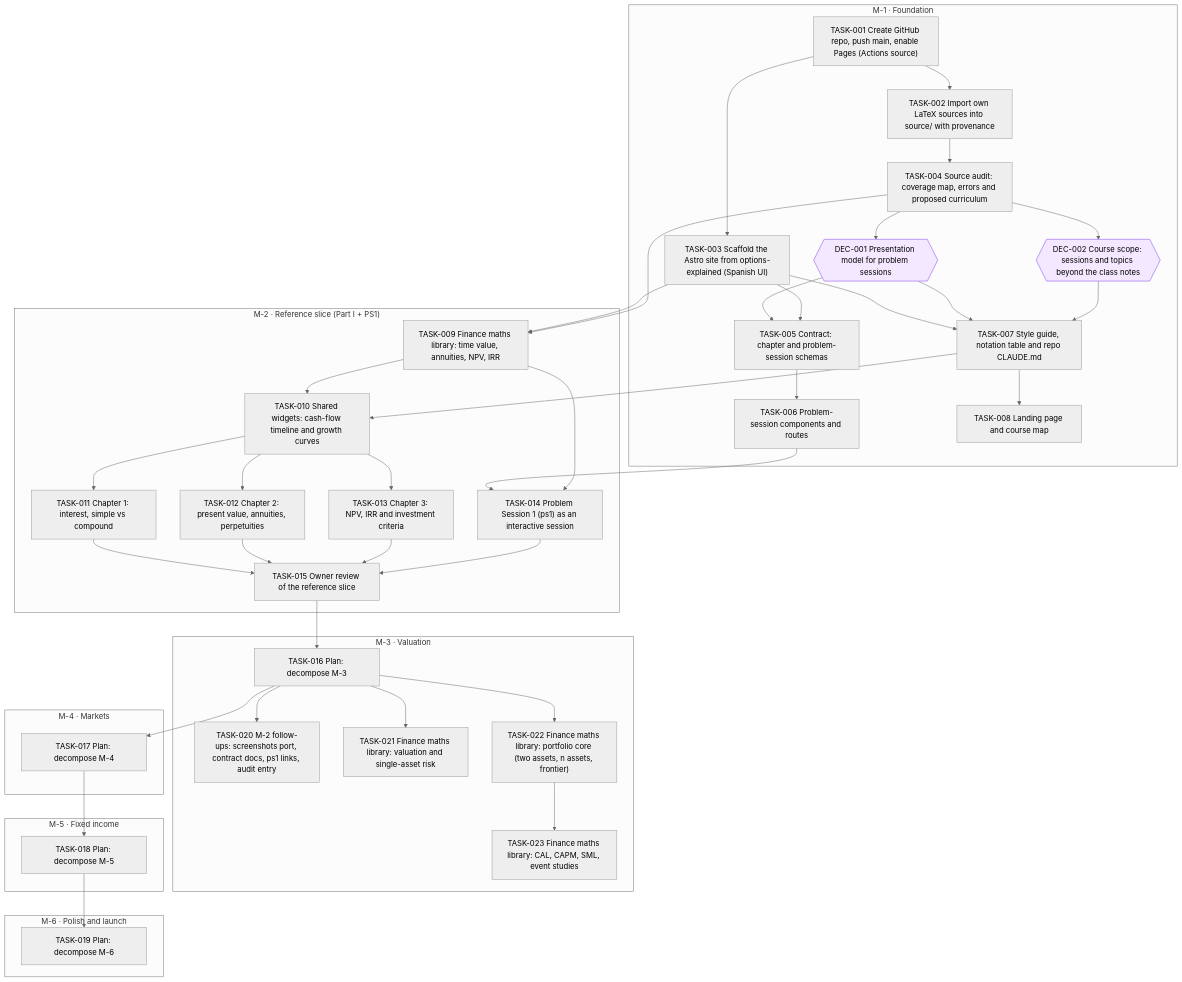
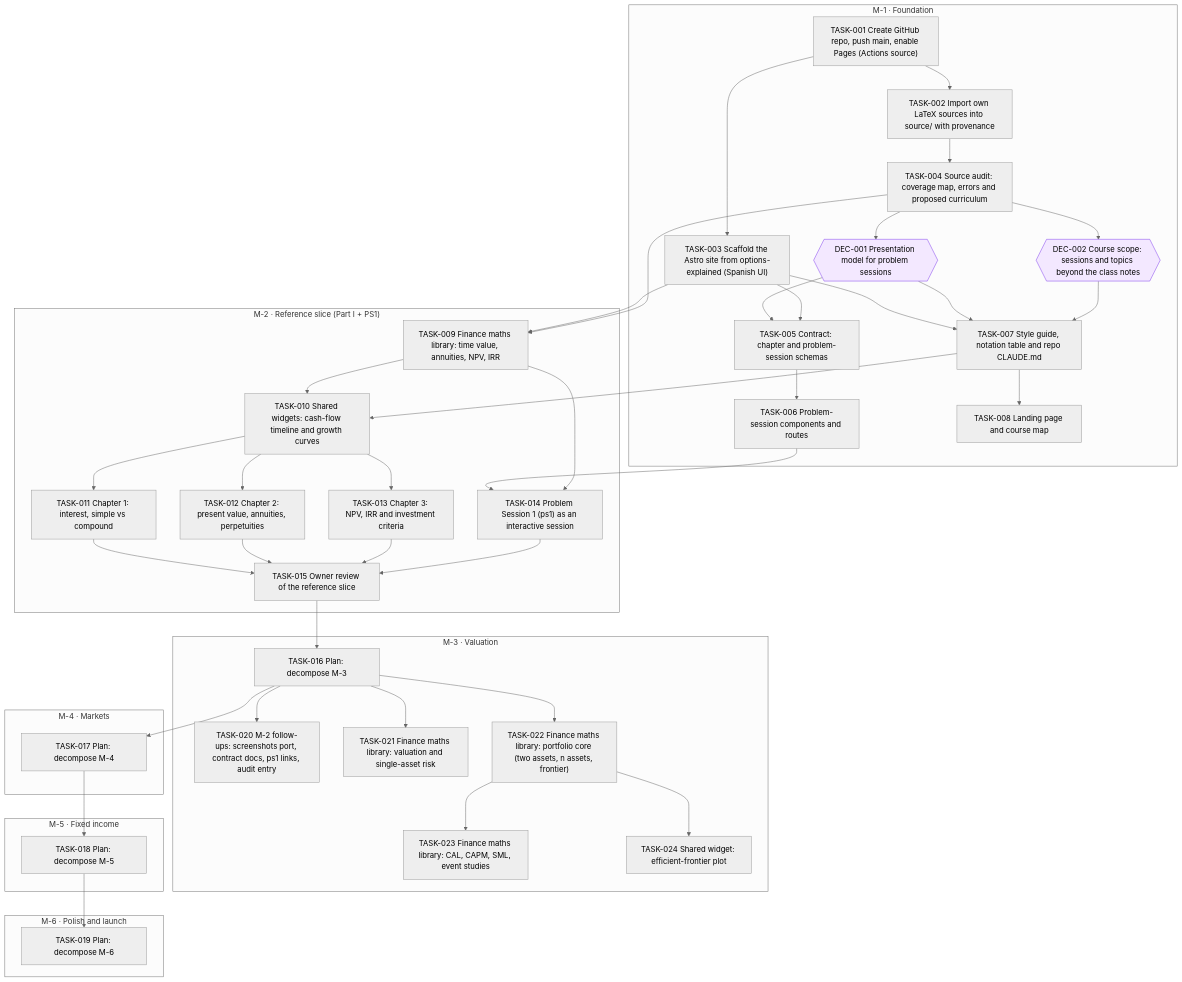
The diagram in goals/course-site/README.md (jesusvillota/economia-financiera), drawn with Mermaid (neutral theme) before and after one commit. The commit also changed 1 other file, not shown here.

Commit message:
goal(course-site): add TASK-024 Shared widget: efficient-frontier plot

````diff
--- a/goals/course-site/README.md
+++ b/goals/course-site/README.md
@@ -35,78 +35,80 @@
 ```mermaid
 flowchart TD
   subgraph M_1["M-1 · Foundation"]
     DEC_001{{"DEC-001 Presentation model for problem sessions"}}
     DEC_002{{"DEC-002 Course scope: sessions and topics beyond the class notes"}}
     TASK_001["TASK-001 Create GitHub repo, push main, enable Pages (Actions source)"]
     TASK_002["TASK-002 Import own LaTeX sources into source/ with provenance"]
     TASK_003["TASK-003 Scaffold the Astro site from options-explained (Spanish UI)"]
     TASK_004["TASK-004 Source audit: coverage map, errors and proposed curriculum"]
     TASK_005["TASK-005 Contract: chapter and problem-session schemas"]
     TASK_006["TASK-006 Problem-session components and routes"]
     TASK_007["TASK-007 Style guide, notation table and repo CLAUDE.md"]
     TASK_008["TASK-008 Landing page and course map"]
   end
   subgraph M_2["M-2 · Reference slice (Part I + PS1)"]
     TASK_009["TASK-009 Finance maths library: time value, annuities, NPV, IRR"]
     TASK_010["TASK-010 Shared widgets: cash-flow timeline and growth curves"]
     TASK_011["TASK-011 Chapter 1: interest, simple vs compound"]
     TASK_012["TASK-012 Chapter 2: present value, annuities, perpetuities"]
     TASK_013["TASK-013 Chapter 3: NPV, IRR and investment criteria"]
     TASK_014["TASK-014 Problem Session 1 (ps1) as an interactive session"]
     TASK_015["TASK-015 Owner review of the reference slice"]
   end
   subgraph M_3["M-3 · Valuation"]
     TASK_016["TASK-016 Plan: decompose M-3"]
     TASK_020["TASK-020 M-2 follow-ups: screenshots port, contract docs, ps1 links, audit entry"]
     TASK_021["TASK-021 Finance maths library: valuation and single-asset risk"]
     TASK_022["TASK-022 Finance maths library: portfolio core (two assets, n assets, frontier)"]
     TASK_023["TASK-023 Finance maths library: CAL, CAPM, SML, event studies"]
+    TASK_024["TASK-024 Shared widget: efficient-frontier plot"]
   end
   subgraph M_4["M-4 · Markets"]
     TASK_017["TASK-017 Plan: decompose M-4"]
   end
   subgraph M_5["M-5 · Fixed income"]
     TASK_018["TASK-018 Plan: decompose M-5"]
   end
   subgraph M_6["M-6 · Polish and launch"]
     TASK_019["TASK-019 Plan: decompose M-6"]
   end
   TASK_004 --> DEC_001
   TASK_004 --> DEC_002
   TASK_001 --> TASK_002
   TASK_001 --> TASK_003
   TASK_002 --> TASK_004
   DEC_001 --> TASK_005
   TASK_003 --> TASK_005
   TASK_005 --> TASK_006
   TASK_003 --> TASK_007
   DEC_001 --> TASK_007
   DEC_002 --> TASK_007
   TASK_007 --> TASK_008
   TASK_003 --> TASK_009
   TASK_004 --> TASK_009
   TASK_007 --> TASK_010
   TASK_009 --> TASK_010
   TASK_010 --> TASK_011
   TASK_010 --> TASK_012
   TASK_010 --> TASK_013
   TASK_006 --> TASK_014
   TASK_009 --> TASK_014
   TASK_011 --> TASK_015
   TASK_012 --> TASK_015
   TASK_013 --> TASK_015
   TASK_014 --> TASK_015
   TASK_015 --> TASK_016
   TASK_016 --> TASK_017
   TASK_017 --> TASK_018
   TASK_018 --> TASK_019
   TASK_016 --> TASK_020
   TASK_016 --> TASK_021
   TASK_016 --> TASK_022
   TASK_022 --> TASK_023
+  TASK_022 --> TASK_024
   classDef draft stroke-dasharray: 4 3
   classDef cancelled opacity:0.45
   classDef decision fill:#f3e8ff,stroke:#7c3aed
   class DEC_001 decision
   class DEC_002 decision
 ```
````
